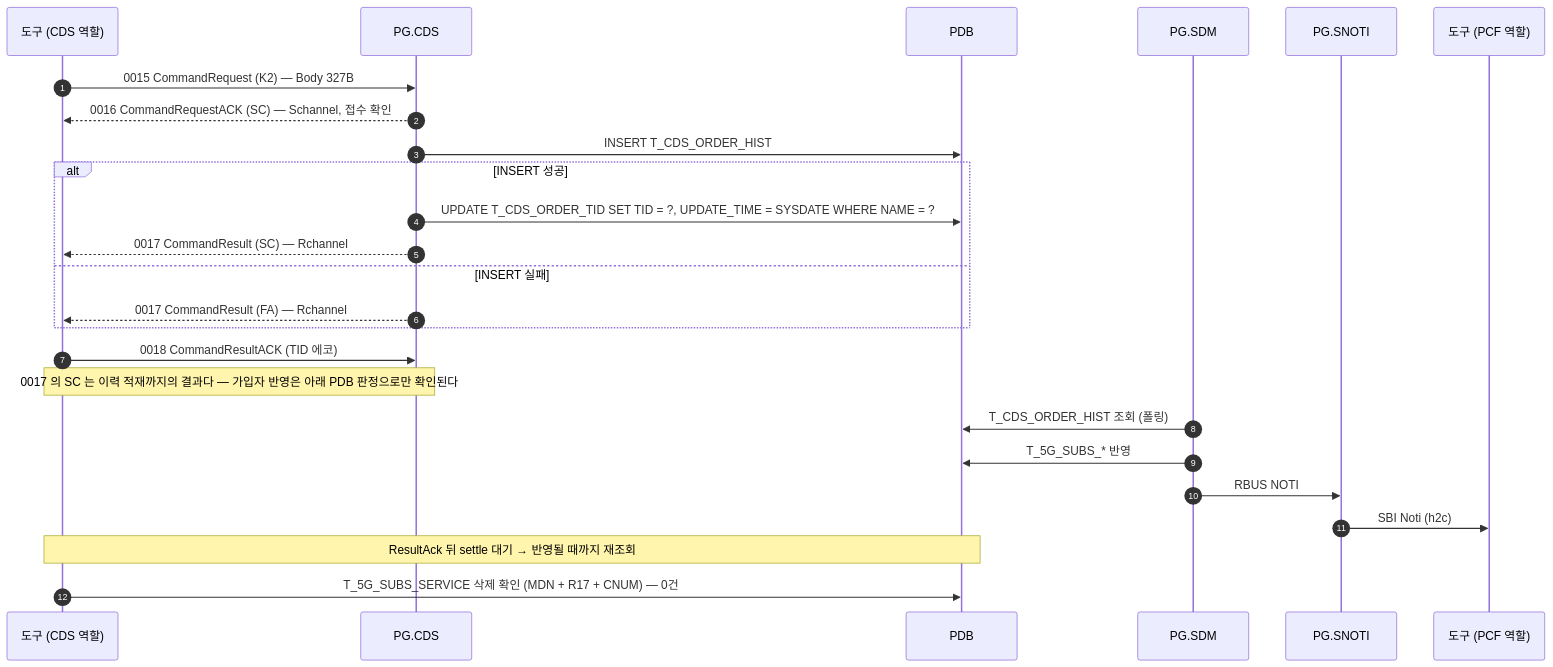
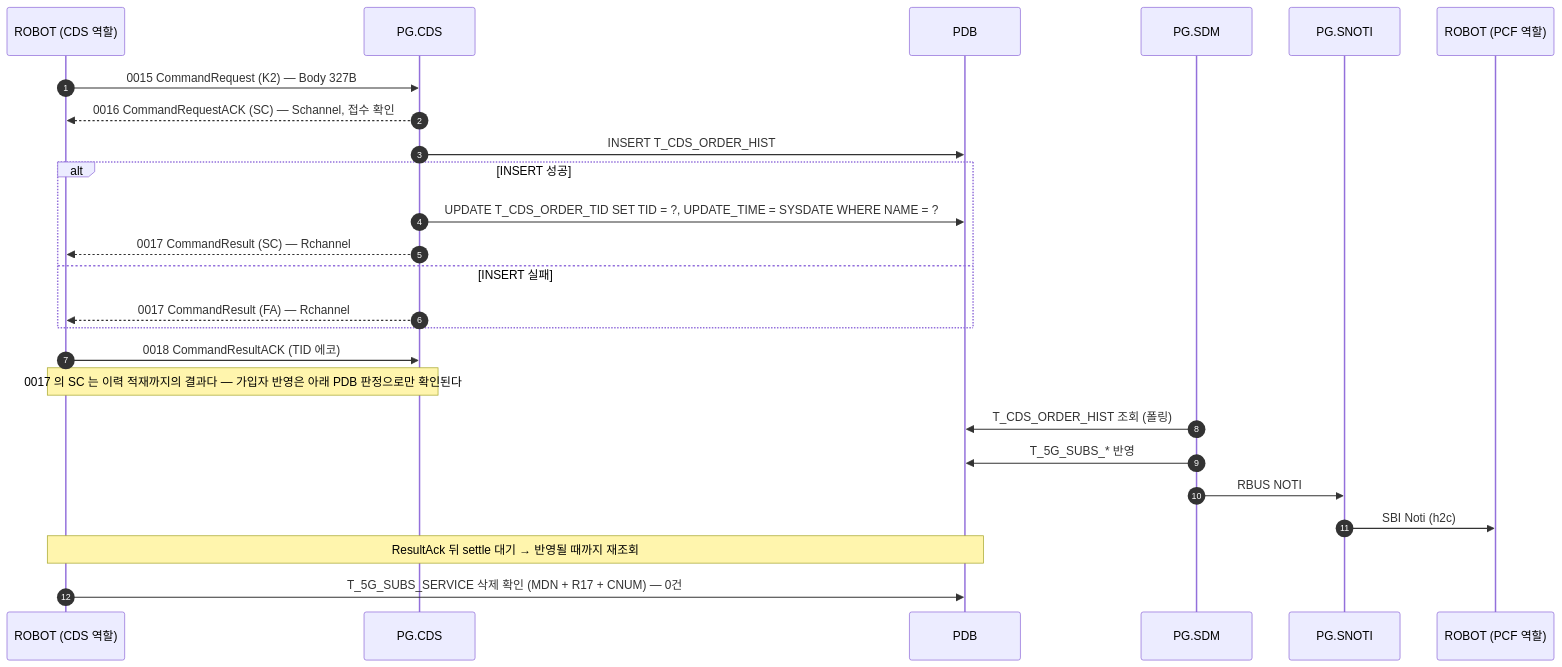
The diagram in docs/callflow/CDS_K2.md (IanKim2030/tc4robot), drawn with Mermaid before and after one commit. The commit also changed 19 other files, not shown here.

First line of the commit message:
docs: 콜플로우 참여자 표기를 도구 → ROBOT 으로

````diff
--- a/docs/callflow/CDS_K2.md
+++ b/docs/callflow/CDS_K2.md
@@ -17,29 +17,29 @@
 ```mermaid
 sequenceDiagram
     autonumber
-    participant TOOL as 도구 (CDS 역할)
+    participant TOOL as ROBOT (CDS 역할)
     participant PCDS as PG.CDS
     participant PDB as PDB
     participant SDM as PG.SDM
     participant SNOTI as PG.SNOTI
-    participant PCF as 도구 (PCF 역할)
+    participant PCF as ROBOT (PCF 역할)
 
     TOOL->>PCDS: 0015 CommandRequest (K2) — Body 327B
     PCDS-->>TOOL: 0016 CommandRequestACK (SC) — Schannel, 접수 확인
     PCDS->>PDB: INSERT T_CDS_ORDER_HIST
     alt INSERT 성공
         PCDS->>PDB: UPDATE T_CDS_ORDER_TID SET TID = ?, UPDATE_TIME = SYSDATE WHERE NAME = ?
         PCDS-->>TOOL: 0017 CommandResult (SC) — Rchannel
     else INSERT 실패
         PCDS-->>TOOL: 0017 CommandResult (FA) — Rchannel
     end
     TOOL->>PCDS: 0018 CommandResultACK (TID 에코)
     Note over TOOL,PCDS: 0017 의 SC 는 이력 적재까지의 결과다 — 가입자 반영은 아래 PDB 판정으로만 확인된다
 
     SDM->>PDB: T_CDS_ORDER_HIST 조회 (폴링)
     SDM->>PDB: T_5G_SUBS_* 반영
     SDM->>SNOTI: RBUS NOTI
     SNOTI->>PCF: SBI Noti (h2c)
     Note over TOOL,PDB: ResultAck 뒤 settle 대기 → 반영될 때까지 재조회
     TOOL->>PDB: T_5G_SUBS_SERVICE 삭제 확인 (MDN + R17 + CNUM) — 0건
 ```
````
